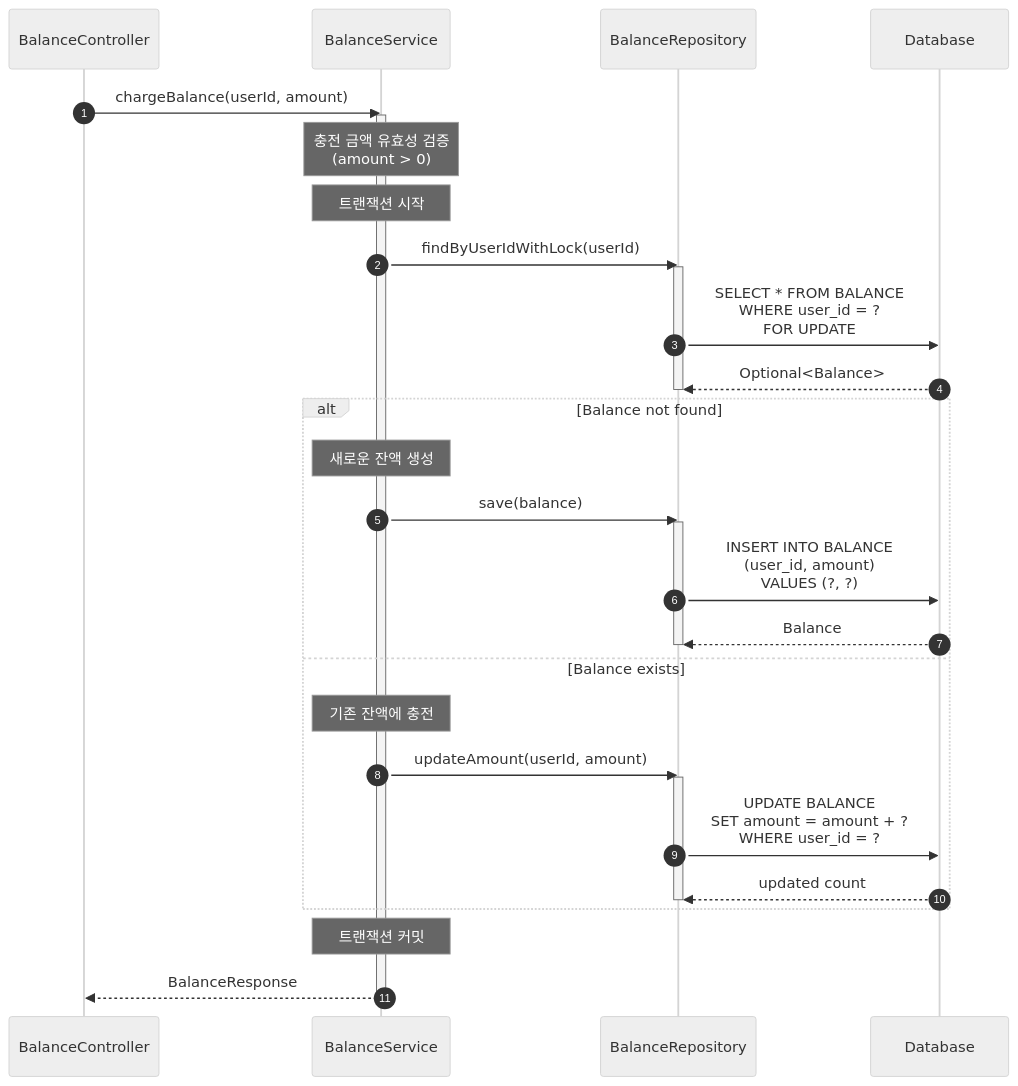
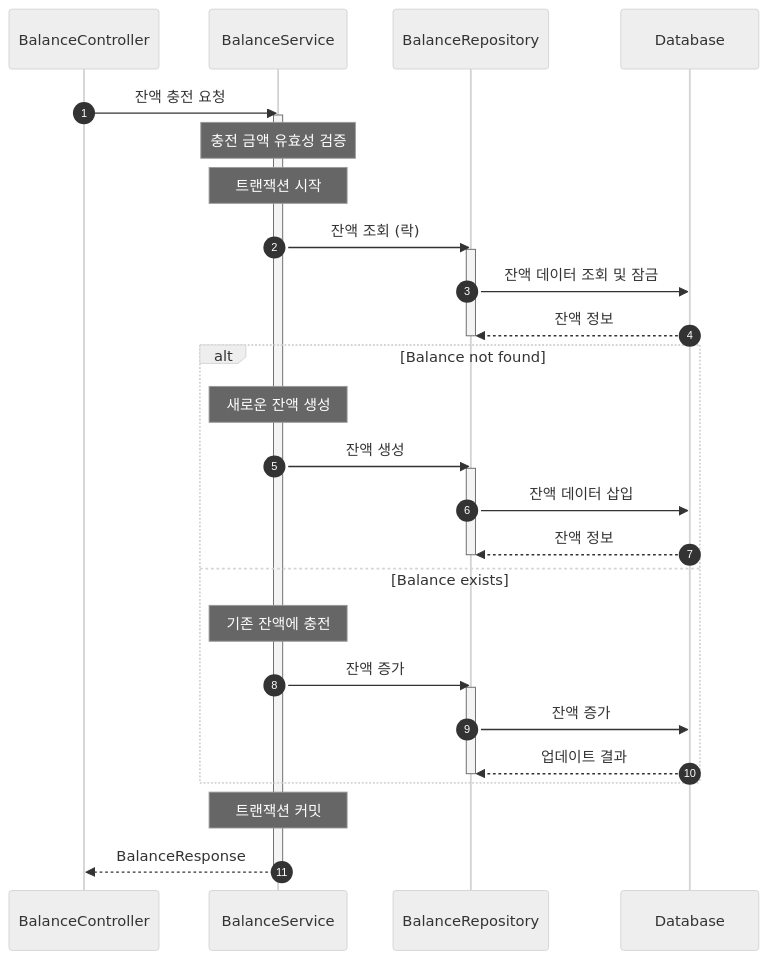
Before and after one commit to hye-ung97/hh-e-commerce: diagram 16 of 16 in docs/api/api-specification.md, drawn with Mermaid (neutral theme). The commit also changed other lines of this file, not shown here.

Commit message:
fix: 시퀀스 다이어그램에서 함수 이름 -> 설명으로 변경

````diff
--- a/docs/api/api-specification.md
+++ b/docs/api/api-specification.md
@@ -830,42 +830,42 @@
 ```mermaid
 sequenceDiagram
     autonumber
     participant C as BalanceController
     participant S as BalanceService
     participant BR as BalanceRepository
     participant DB as Database
 
-    C->>S: chargeBalance(userId, amount)
+    C->>S: 잔액 충전 요청
     activate S
 
-    Note over S: 충전 금액 유효성 검증<br/>(amount > 0)
+    Note over S: 충전 금액 유효성 검증
 
     Note over S: 트랜잭션 시작
 
-    S->>BR: findByUserIdWithLock(userId)
+    S->>BR: 잔액 조회 (락)
     activate BR
-    BR->>DB: SELECT * FROM BALANCE<br/>WHERE user_id = ?<br/>FOR UPDATE
-    DB-->>BR: Optional<Balance>
+    BR->>DB: 잔액 데이터 조회 및 잠금
+    DB-->>BR: 잔액 정보
     deactivate BR
 
     alt Balance not found
         Note over S: 새로운 잔액 생성
-        S->>BR: save(balance)
+        S->>BR: 잔액 생성
         activate BR
-        BR->>DB: INSERT INTO BALANCE<br/>(user_id, amount)<br/>VALUES (?, ?)
-        DB-->>BR: Balance
+        BR->>DB: 잔액 데이터 삽입
+        DB-->>BR: 잔액 정보
         deactivate BR
     else Balance exists
         Note over S: 기존 잔액에 충전
-        S->>BR: updateAmount(userId, amount)
+        S->>BR: 잔액 증가
         activate BR
-        BR->>DB: UPDATE BALANCE<br/>SET amount = amount + ?<br/>WHERE user_id = ?
-        DB-->>BR: updated count
+        BR->>DB: 잔액 증가
+        DB-->>BR: 업데이트 결과
         deactivate BR
     end
 
     Note over S: 트랜잭션 커밋
 
     S-->>C: BalanceResponse
     deactivate S
 ```
````
